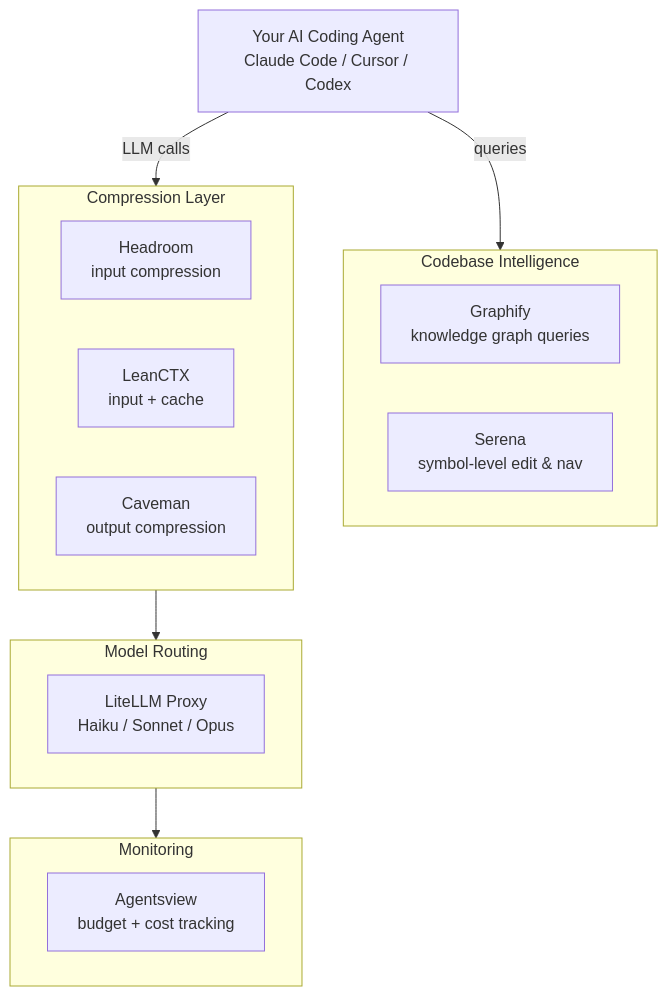
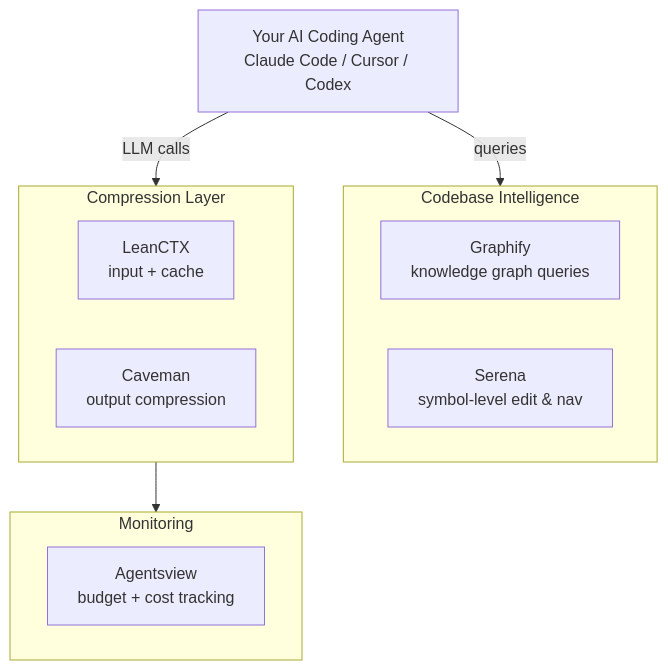
Before and after one commit to shreyasht/token-optimization-stack: the diagram in README.md, drawn with Mermaid. The commit also changed other lines of this file and 3 other files, not shown here.

First line of the commit message:
remove Headroom and LiteLLM from the stack

````diff
--- a/README.md
+++ b/README.md
@@ -15,28 +15,22 @@
 ```mermaid
 flowchart TD
     Agent[Your AI Coding Agent<br/>Claude Code / Cursor / Codex]
     
     subgraph Intelligence [Codebase Intelligence]
         Graphify[Graphify<br/>knowledge graph queries]
         Serena[Serena<br/>symbol-level edit & nav]
     end
     
     subgraph Compression [Compression Layer]
-        Headroom[Headroom<br/>input compression]
         LeanCTX[LeanCTX<br/>input + cache]
         Caveman[Caveman<br/>output compression]
-    end
-    
-    subgraph Routing [Model Routing]
-        LiteLLM[LiteLLM Proxy<br/>Haiku / Sonnet / Opus]
     end
     
     subgraph Monitoring [Monitoring]
         Agentsview[Agentsview<br/>budget + cost tracking]
     end
     
     Agent -- queries --> Intelligence
     Agent -- LLM calls --> Compression
-    Compression --> Routing
-    Routing --> Monitoring
+    Compression --> Monitoring
 ```
````
